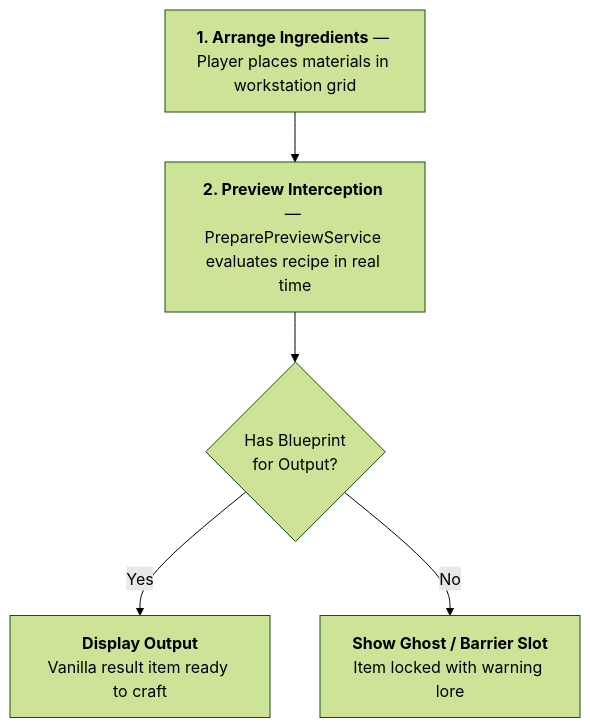
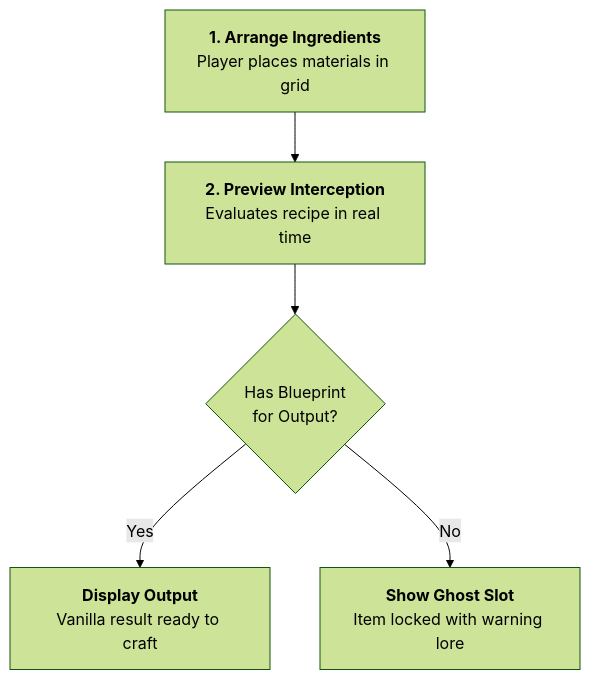
Before and after one commit to XZtotal/CraftingBlueprints-Wiki: the first of 2 diagrams in docs/mechanics/previews-and-recipe-book.md, drawn with Mermaid (forest theme). The commit also changed other lines of this file and 24 other files, not shown here.

````diff
--- a/docs/mechanics/previews-and-recipe-book.md
+++ b/docs/mechanics/previews-and-recipe-book.md
@@ -15,8 +15,13 @@
 ```mermaid
 flowchart TD
-    Arr["<b>1. Arrange Ingredients</b> — Player places materials in workstation grid"]
-    --> Serv["<b>2. Preview Interception</b> — PreparePreviewService evaluates recipe in real time"]
-    --> Check{"Has Blueprint<br/>for Output?"}
-    Check -->|Yes| Show["<b>Display Output</b><br/>Vanilla result item ready to craft"]
-    Check -->|No| Ghost["<b>Show Ghost / Barrier Slot</b><br/>Item locked with warning lore"]
+    Arr["<b>1. Arrange Ingredients</b><br/>Player places materials in grid"]
+    Serv["<b>2. Preview Interception</b><br/>Evaluates recipe in real time"]
+    Check{"Has Blueprint<br/>for Output?"}
+    Show["<b>Display Output</b><br/>Vanilla result ready to craft"]
+    Ghost["<b>Show Ghost Slot</b><br/>Item locked with warning lore"]
+
+    Arr --> Serv
+    Serv --> Check
+    Check -->|Yes| Show
+    Check -->|No| Ghost
 ```
````
